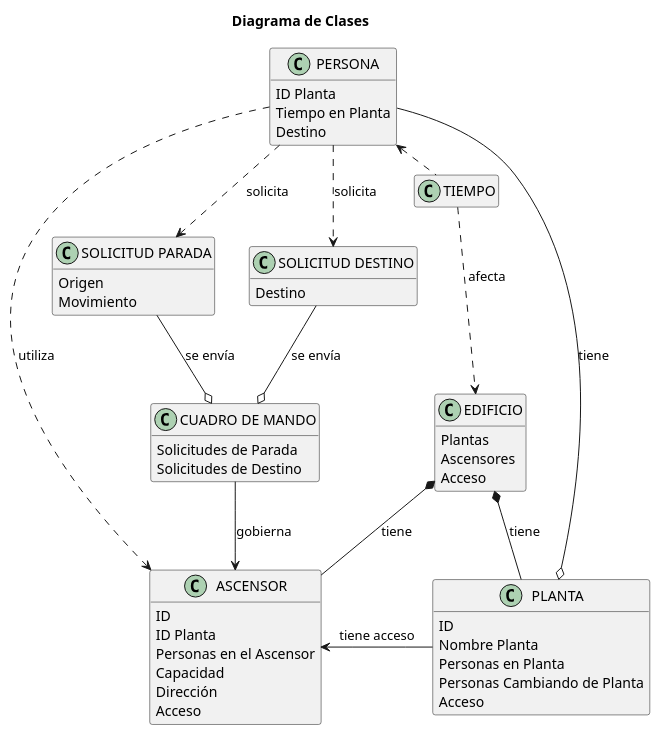
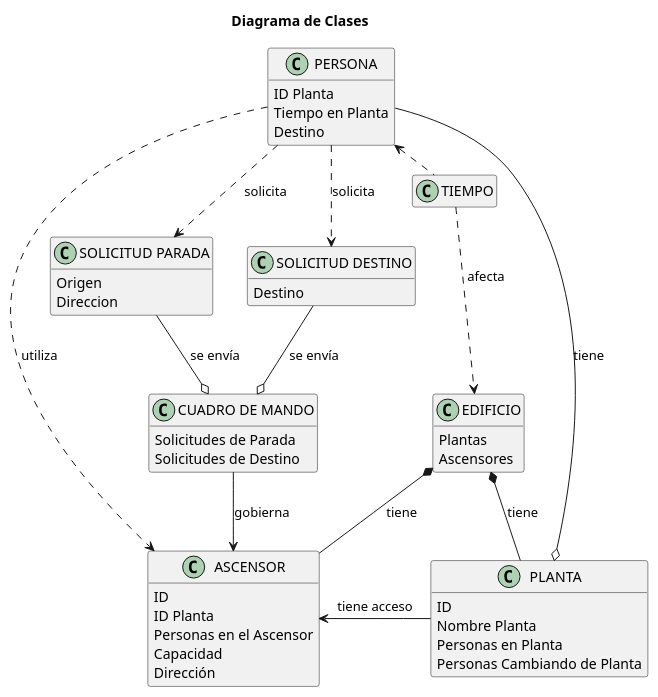
Before and after one commit to mmasias/23-24-IdSw2-SDD: the diagram in docs/Modelo_de_Dominio/Diagramas_de_Clases/Diagrama_de_Clases.puml, drawn with PlantUML.

Commit message:
Refactor and simplify class diagram

```diff
--- a/docs/Modelo_de_Dominio/Diagramas_de_Clases/Diagrama_de_Clases.puml
+++ b/docs/Modelo_de_Dominio/Diagramas_de_Clases/Diagrama_de_Clases.puml
@@ -1,87 +1,78 @@
 @startuml Diagrama_de_Clases
 
 title Diagrama de Clases
 
 skinparam {
     NoteBackgroundColor #whiteSmoke
 }
 
 hide empty members
 
 class ASCENSOR 
 {
     ID
     ID Planta
     Personas en el Ascensor
     Capacidad
     Dirección
-    Acceso
 }
 
 class PERSONA 
 {
     ID Planta
     Tiempo en Planta
     Destino
 }
 
 class "CUADRO DE MANDO"
 {
     Solicitudes de Parada
     Solicitudes de Destino
 }
 
-' Type	Symbol	Drawing
-' Extension	<|--	
-' Composition	*--	
-' Aggregation	o--	
-
 class PLANTA 
 {
     ID
     Nombre Planta
     Personas en Planta
     Personas Cambiando de Planta
-    Acceso
 }
 
 class EDIFICIO 
 {
     Plantas
     Ascensores
-    Acceso
 }
 
 class TIEMPO 
 {
 
 }
 
 class "SOLICITUD PARADA"
 {
     Origen
-    Movimiento
+    Direccion
 }
 
 class "SOLICITUD DESTINO"
 {
     Destino
 }
-
 
 EDIFICIO *-- PLANTA : tiene
 EDIFICIO *-- ASCENSOR : tiene
 PLANTA o-- PERSONA : tiene
 PLANTA -left-> ASCENSOR : tiene acceso
 PERSONA ..> ASCENSOR : utiliza
 
 PERSONA ..> "SOLICITUD PARADA" : solicita
 PERSONA ..> "SOLICITUD DESTINO" : solicita
 "CUADRO DE MANDO" --> ASCENSOR : gobierna
 "SOLICITUD PARADA" --o "CUADRO DE MANDO" : se envía
 "SOLICITUD DESTINO" --o "CUADRO DE MANDO" : se envía
 
 TIEMPO .left.> PERSONA : afecta
 TIEMPO ..> EDIFICIO : afecta
 
 @enduml
```
